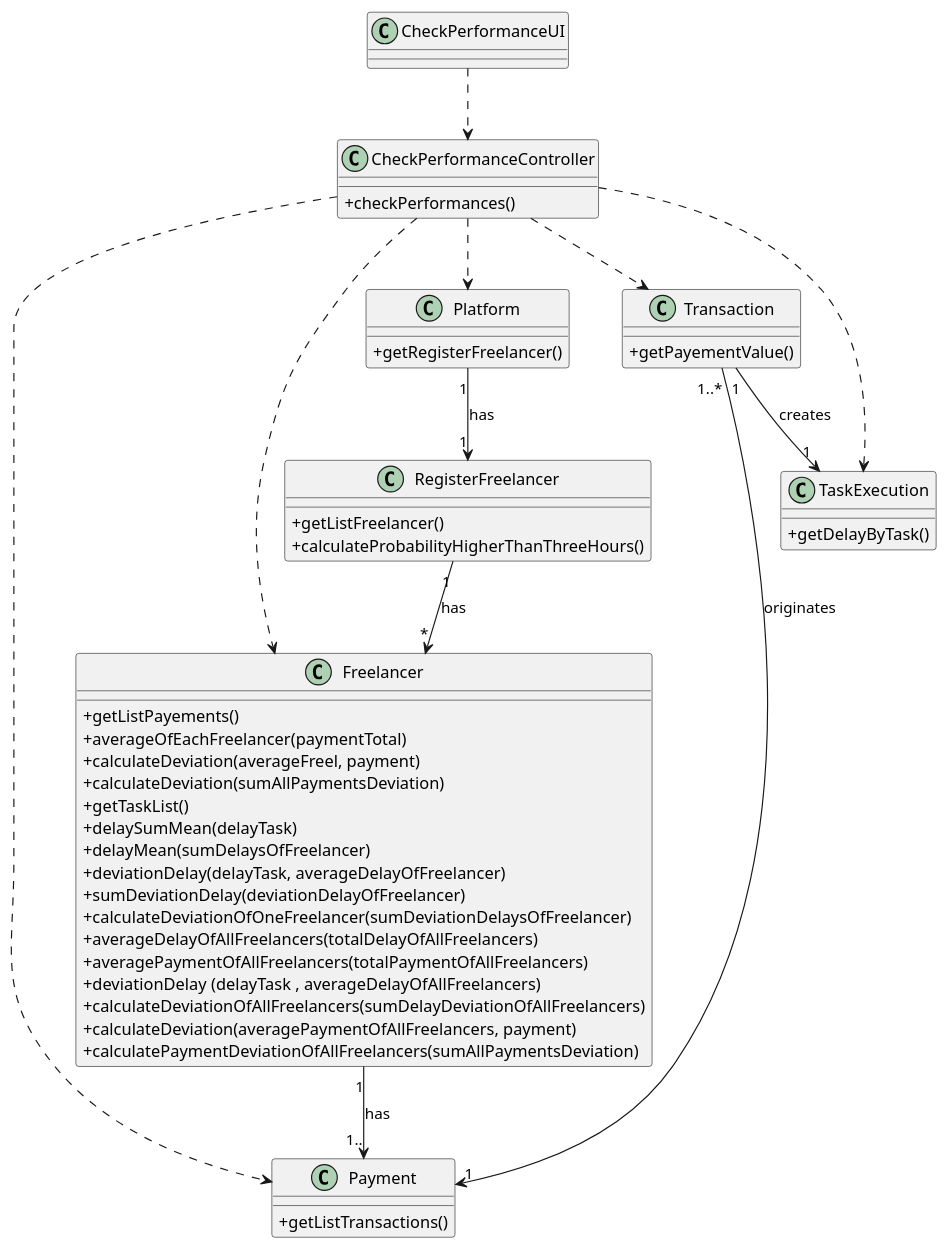
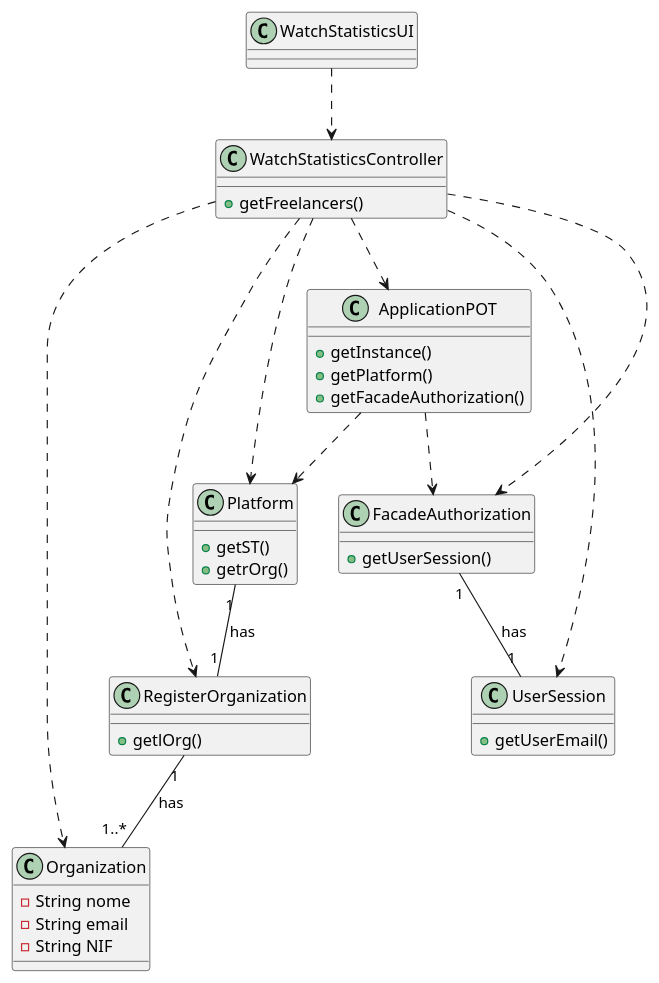
The diagram in docs/UC9 - Check Freelancer Performance/UC9_CD.puml (1190452/LAPR2), drawn with PlantUML before and after one commit. The commit also changed 7 other files, not shown here.

Commit message:
[UC9] - doing some changes in the class diagram

```diff
--- a/docs/UC9 - Check Freelancer Performance/UC9_CD.puml
+++ b/docs/UC9 - Check Freelancer Performance/UC9_CD.puml
@@ -1,72 +1,71 @@
 @startuml
-skinparam classAttributeIconSize 0
 
 
-class CheckPerformanceUI{
+class WatchStatisticsUI{  
+  
+}
+
+class WatchStatisticsController{
+  +getFreelancers()
   }
 
-class CheckPerformanceController{
-  +checkPerformances()
+class ApplicationPOT{
+  +getInstance()
+  +getPlatform()
+  +getFacadeAuthorization()
   }
 
 class Platform {
-  +getRegisterFreelancer()
+  +getST()
+  +getrOrg()
   }
 
-class RegisterFreelancer{
-  +getListFreelancer()
-  +calculateProbabilityHigherThanThreeHours()
+class UserSession {
+  +getUserEmail()
   }
 
-class Payment {
-  +getListTransactions()
+class RegisterOrganization{
+  +getlOrg()
   }
 
-class Transaction{
-  +getPayementValue()
-  }
-
-class Freelancer {
-  +getListPayements()
-  +averageOfEachFreelancer(paymentTotal)
-  +calculateDeviation(averageFreel, payment)
-  +calculateDeviation(sumAllPaymentsDeviation)
-  +getTaskList()
-  +delaySumMean(delayTask)
-  +delayMean(sumDelaysOfFreelancer)
-  +deviationDelay(delayTask, averageDelayOfFreelancer)
-  +sumDeviationDelay(deviationDelayOfFreelancer)
-  +calculateDeviationOfOneFreelancer(sumDeviationDelaysOfFreelancer)
-  +averageDelayOfAllFreelancers(totalDelayOfAllFreelancers)
-  +averagePaymentOfAllFreelancers(totalPaymentOfAllFreelancers)
-  +deviationDelay (delayTask , averageDelayOfAllFreelancers)
-  +calculateDeviationOfAllFreelancers(sumDelayDeviationOfAllFreelancers)
-  +calculateDeviation(averagePaymentOfAllFreelancers, payment)
-  +calculatePaymentDeviationOfAllFreelancers(sumAllPaymentsDeviation)
-  }
-
-class TaskExecution{
-  +getDelayByTask()
+class Organization {
+  -String nome
+  -String email
+  -String NIF
   }
 
 
-CheckPerformanceUI ..> CheckPerformanceController
-CheckPerformanceController ..> Platform
-CheckPerformanceController ..> Payment
-CheckPerformanceController ..> Transaction
-CheckPerformanceController ..> Freelancer
-CheckPerformanceController ..> TaskExecution
+
+class FacadeAuthorization {  
+  +getUserSession()
+}
 
 
-Platform "1" --> "1" RegisterFreelancer: has
-RegisterFreelancer "1" --> "*" Freelancer: has
-Freelancer "1" --> "1.." Payment: has
-Transaction "1..*" --> "1"Payment: originates 
-Transaction "1" --> "1" TaskExecution: creates
+
+WatchStatisticsUI ..> WatchStatisticsController
+
+WatchStatisticsController ..> ApplicationPOT
+WatchStatisticsController ..> Platform
+WatchStatisticsController ..> UserSession
+WatchStatisticsController ..> RegisterOrganization
+WatchStatisticsController ..> Organization
+WatchStatisticsController ..> FacadeAuthorization
+
+ApplicationPOT  ..> Platform
+ApplicationPOT  ..> FacadeAuthorization
+
+FacadeAuthorization "1"-- "1" UserSession: has
+
+
+Platform "1" -- "1" RegisterOrganization : has
+
+RegisterOrganization "1" -- "1..*" Organization : has
+
+
 
 
 
 
 
 
 @enduml
```
